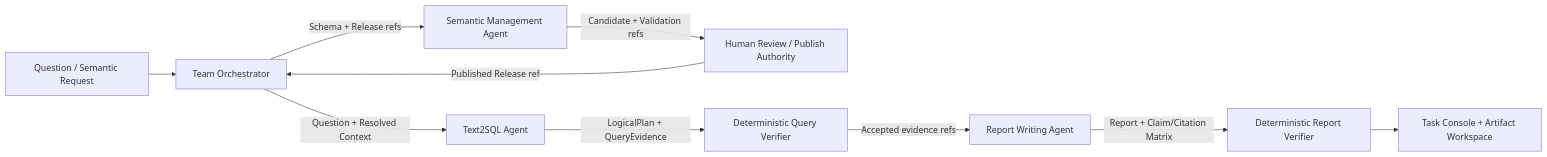
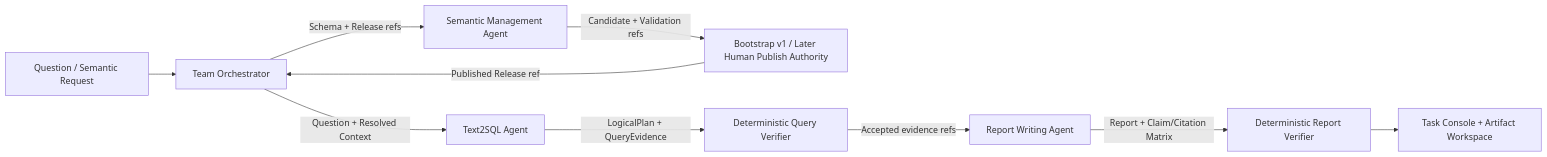
One commit to LienJack/data-agent changed the first of 4 diagrams in docs/plans/2026-08-16-001-feat-datafoundry-coa-migration-plan.md. Above: the diagram before and after it, drawn with Mermaid. The commit also changed other lines of this file, not shown here.

````diff
--- a/docs/plans/2026-08-16-001-feat-datafoundry-coa-migration-plan.md
+++ b/docs/plans/2026-08-16-001-feat-datafoundry-coa-migration-plan.md
@@ -383,12 +472,12 @@
 ```mermaid
 flowchart LR
     User["Question / Semantic Request"] --> Orch["Team Orchestrator"]
     Orch -->|"Schema + Release refs"| Sem["Semantic Management Agent"]
-    Sem -->|"Candidate + Validation refs"| Review["Human Review / Publish Authority"]
-    Review -->|"Published Release ref"| Orch
+    Sem -->|"Candidate + Validation refs"| Publish["Bootstrap v1 / Later Human Publish Authority"]
+    Publish -->|"Published Release ref"| Orch
     Orch -->|"Question + Resolved Context"| SQL["Text2SQL Agent"]
     SQL -->|"LogicalPlan + QueryEvidence"| QV["Deterministic Query Verifier"]
     QV -->|"Accepted evidence refs"| Report["Report Writing Agent"]
     Report -->|"Report + Claim/Citation Matrix"| RV["Deterministic Report Verifier"]
     RV --> Console["Task Console + Artifact Workspace"]
 ```
````
